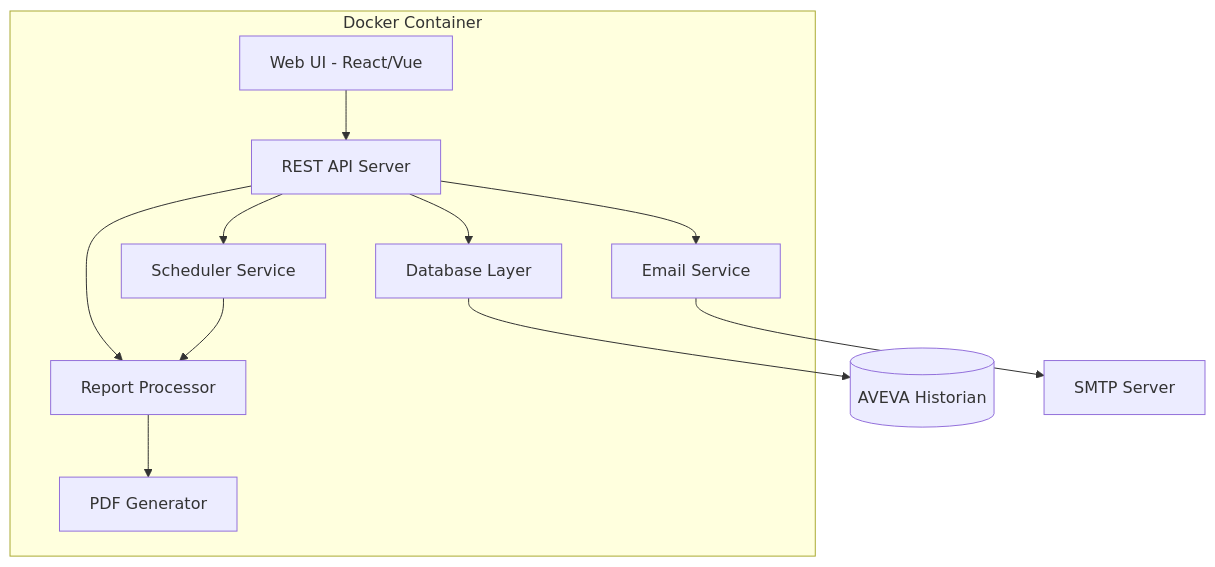
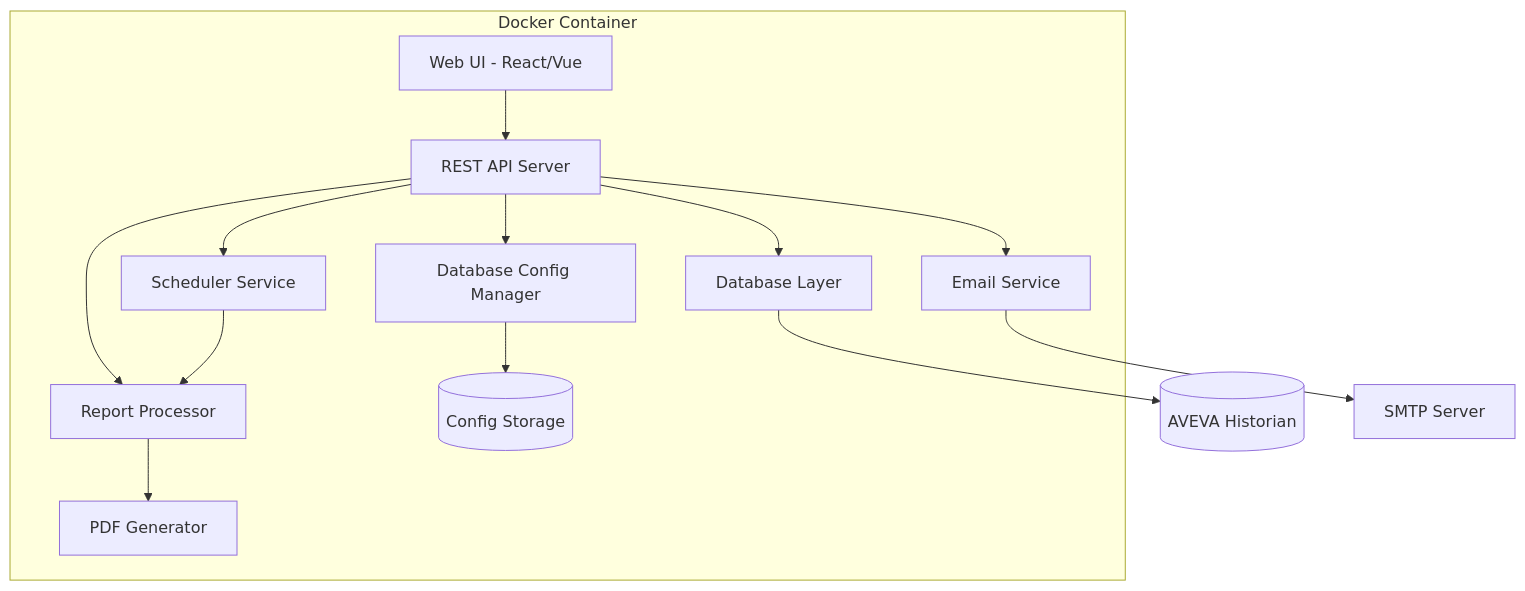
The diagram in .kiro/specs/historian-reporting/design.md (ricmagno/KagomeReports), drawn with Mermaid before and after one commit. The commit also changed other lines of this file and 2 other files, not shown here.

Commit message:
Prepared for database configuration feature

````diff
--- a/.kiro/specs/historian-reporting/design.md
+++ b/.kiro/specs/historian-reporting/design.md
@@ -13,23 +13,27 @@
 ```mermaid
 graph TB
     UI[Web UI - React/Vue] --> API[REST API Server]
     API --> DB[Database Layer]
     API --> RP[Report Processor]
     API --> SC[Scheduler Service]
     API --> EM[Email Service]
+    API --> DCM[Database Config Manager]
     
     DB --> AH[(AVEVA Historian)]
     RP --> PDF[PDF Generator]
     SC --> RP
     EM --> SMTP[SMTP Server]
+    DCM --> CS[(Config Storage)]
     
     subgraph "Docker Container"
         UI
         API
         DB
         RP
         SC
         EM
         PDF
+        DCM
+        CS
     end
 ```
````
